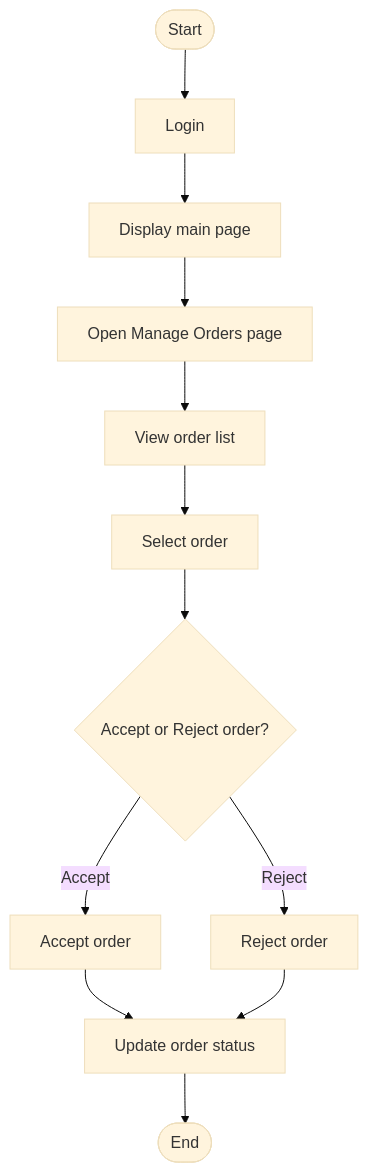
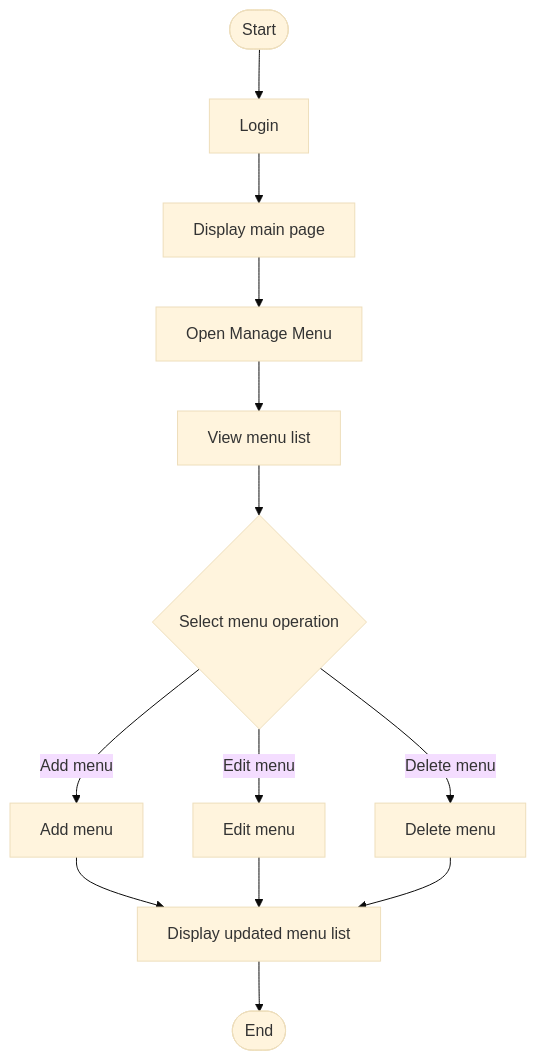
Before and after one commit to Lifantastic-O/iodraw-files: the diagram in all/未命名-3.md, drawn with Mermaid (base theme).

Commit message:
2025-12-30 20:46:03 update

````diff
--- a/all/未命名-3.md
+++ b/all/未命名-3.md
@@ -1,18 +1,20 @@
 ```mermaid
 flowchart TD
     A([Start]) --> B[Login]
     B --> C[Display main page]
-    C --> D[Open Manage Orders page]
-    D --> E[View order list]
-    E --> F[Select order]
-    F --> G{Accept or Reject order?}
+    C --> D[Open Manage Menu]
+    D --> E[View menu list]
+    E --> F{Select menu operation}
 
-    G -->|Accept| H[Accept order]
-    H --> I[Update order status]
+    F -->|Add menu| G[Add menu]
+    G --> H[Display updated menu list]
 
-    G -->|Reject| J[Reject order]
-    J --> I
+    F -->|Edit menu| I[Edit menu]
+    I --> H
 
-    I --> K([End])
+    F -->|Delete menu| J[Delete menu]
+    J --> H
+
+    H --> K([End])
 
 ```
````
